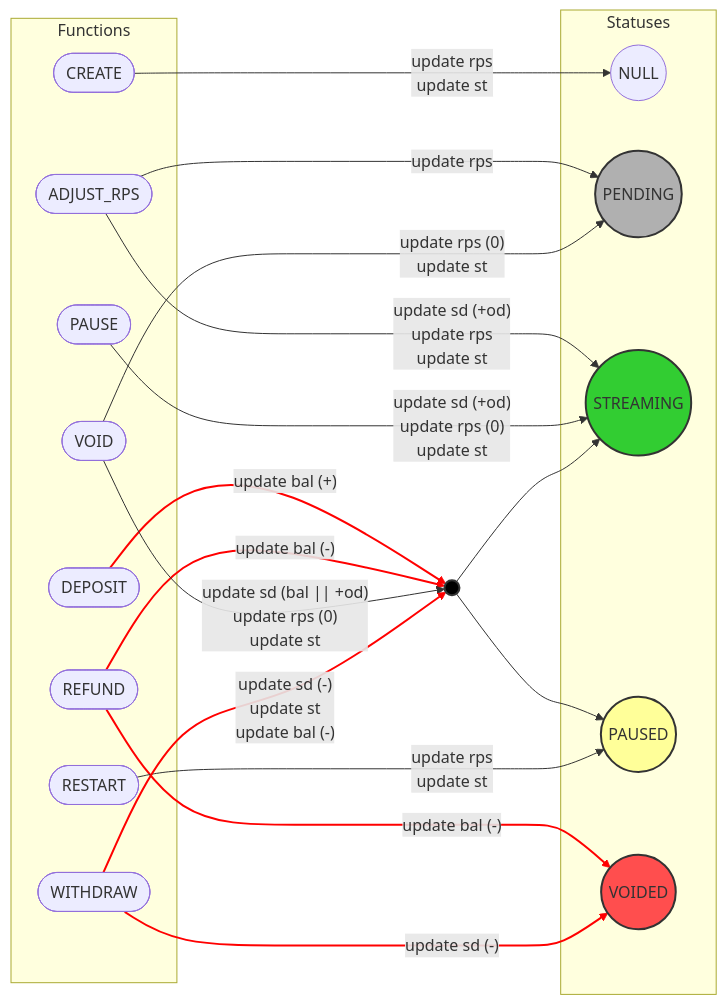
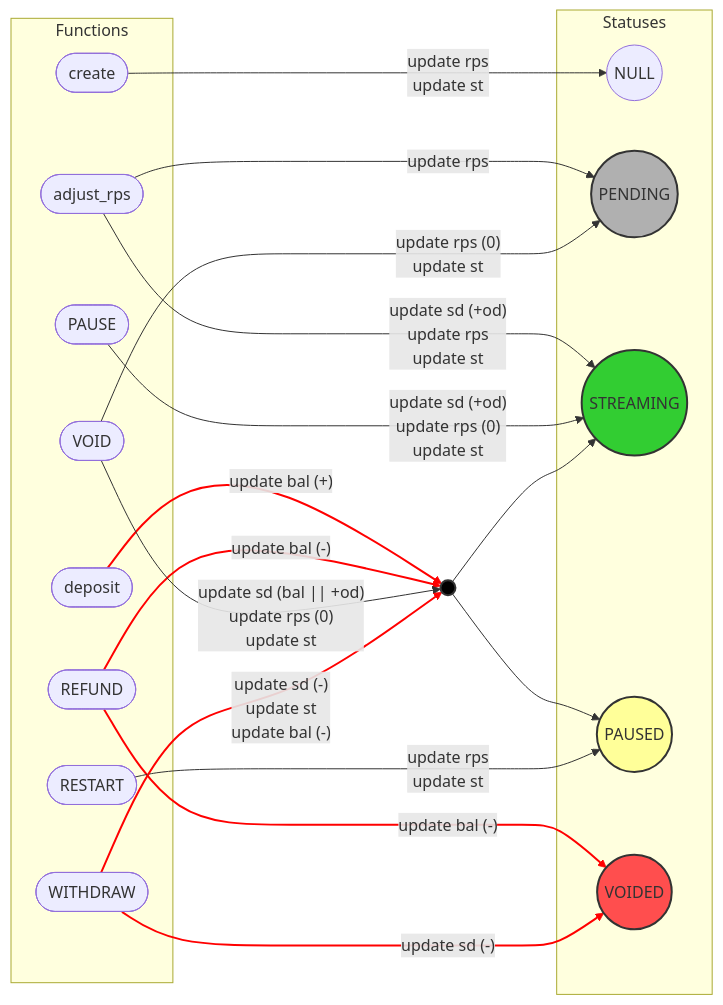
One commit to sablier-labs/flow changed the second of 8 diagrams in DIAGRAMS.md. Above: the diagram before and after it, drawn with Mermaid. The commit also changed other lines of this file, not shown here.

Commit message:
docs: say now instead of block.timestamp

````diff
--- a/DIAGRAMS.md
+++ b/DIAGRAMS.md
@@ -81,54 +81,54 @@
 ```mermaid
 flowchart LR
     subgraph Statuses
         NULL((NULL))
         PND((PENDING)):::grey
         STR((STREAMING)):::green
         PSED((PAUSED)):::yellow
         VOID((VOIDED)):::red
     end
 
     subgraph Functions
-        CR([CREATE])
-        ADJRPS([ADJUST_RPS])
-        DP([DEPOSIT])
+        CR([create])
+        ADJRPS([adjust_rps])
+        DP([deposit])
         PS([PAUSE])
         RST([RESTART])
         VD([VOID])
         RFD([REFUND])
         WTD([WITHDRAW])
     end
 
     BOTH((  )):::black
 
 
     classDef black fill:#000000,stroke:#333,stroke-width:2px;
     classDef green fill:#32cd32,stroke:#333,stroke-width:2px;
     classDef grey fill:#b0b0b0,stroke:#333,stroke-width:2px;
     classDef yellow fill:#ffff99,stroke:#333,stroke-width:2px;
     classDef red fill:#ff4e4e,stroke:#333,stroke-width:2px;
 
     CR -- "update rps<br/>update st" --> NULL
 
     ADJRPS -- "update rps" --> PND
     ADJRPS -- "update sd (+od)<br/>update rps<br/>update st" -->  STR
 
     DP -- "update bal (+)" --> BOTH
 
     RFD -- "update bal (-)" --> BOTH
     RFD -- "update bal (-)" --> VOID
 
     PS -- "update sd (+od)<br/>update rps (0)<br/>update st" --> STR
 
     BOTH --> STR & PSED
 
     RST -- "update rps<br/>update st" --> PSED
 
     VD -- "update rps (0)<br/>update st" --> PND
     VD -- "update sd (bal || +od)<br/>update rps (0)<br/>update st" --> BOTH
 
     WTD -- "update sd (-)<br/>update st<br/>update bal (-)" --> BOTH
     WTD -- "update sd (-)" --> VOID
 
     linkStyle 3,4,5,12,13 stroke:#ff0000,stroke-width:2px
 ```
````
